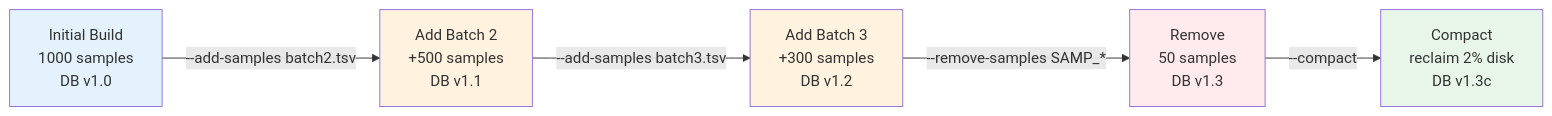
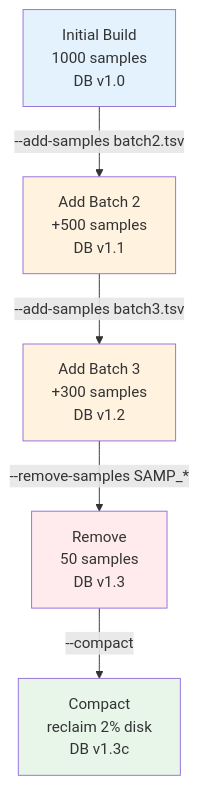
The diagram in docs/guides/update-database.md (dlopez-bioinfo/afquery), drawn with Mermaid before and after one commit. The commit also changed other lines of this file and 8 other files, not shown here.

````diff
--- a/docs/guides/update-database.md
+++ b/docs/guides/update-database.md
@@ -7,19 +7,19 @@
 ```mermaid
-graph LR
+graph TD
     A["Initial Build<br/>1000 samples<br/>DB v1.0"]
     B["Add Batch 2<br/>+500 samples<br/>DB v1.1"]
     C["Add Batch 3<br/>+300 samples<br/>DB v1.2"]
     D["Remove<br/>50 samples<br/>DB v1.3"]
     E["Compact<br/>reclaim 2% disk<br/>DB v1.3c"]
 
     A -->|--add-samples batch2.tsv| B
     B -->|--add-samples batch3.tsv| C
     C -->|--remove-samples SAMP_*| D
     D -->|--compact| E
 
     style A fill:#e3f2fd
     style B fill:#fff3e0
     style C fill:#fff3e0
     style D fill:#ffebee
     style E fill:#e8f5e9
 ```
````
